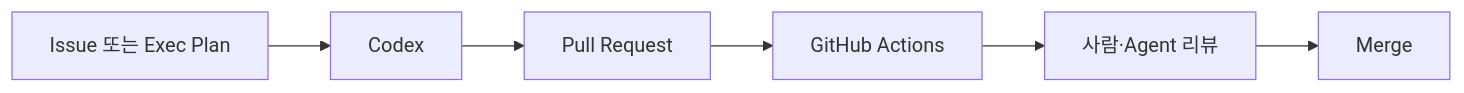
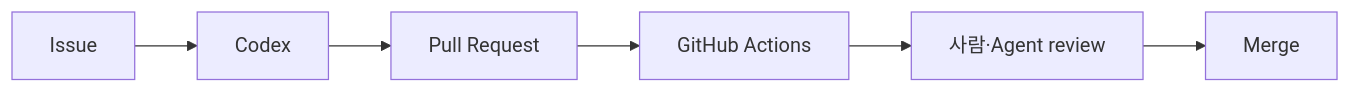
Before and after one commit to yjs000/wiki: the sixth of 11 diagrams in docs/ai-agent-systems/harness-engineering-codex-hermes-orchestra.md, drawn with Mermaid. The commit also changed other lines of this file and 6 other files, not shown here.

````diff
--- a/docs/ai-agent-systems/harness-engineering-codex-hermes-orchestra.md
+++ b/docs/ai-agent-systems/harness-engineering-codex-hermes-orchestra.md
@@ -450,8 +401,8 @@
 ```mermaid
 flowchart LR
-    I[Issue 또는 Exec Plan] --> C[Codex]
+    I[Issue] --> C[Codex]
     C --> PR[Pull Request]
     PR --> CI[GitHub Actions]
-    CI --> RV[사람·Agent 리뷰]
+    CI --> RV[사람·Agent review]
     RV --> M[Merge]
 ```
````
